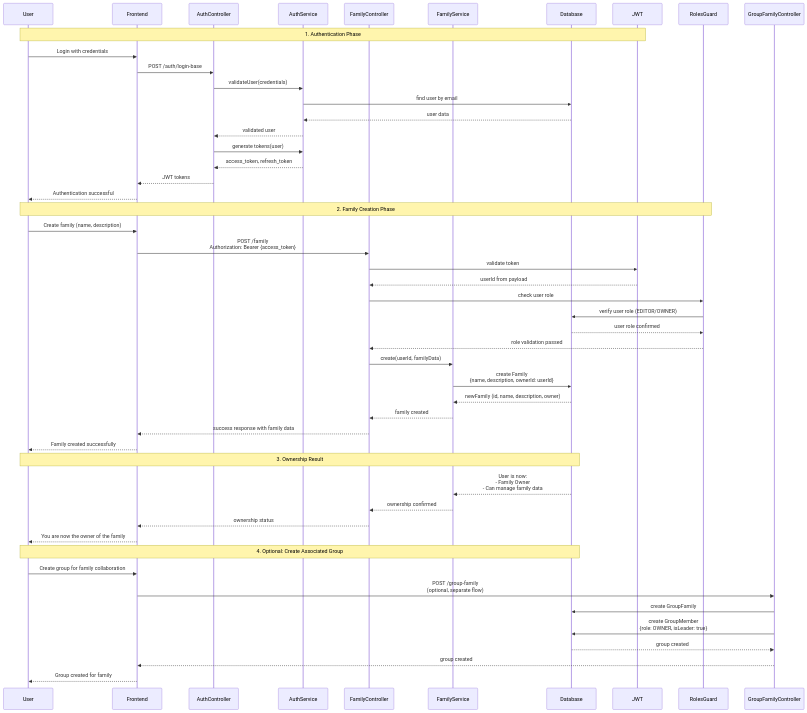
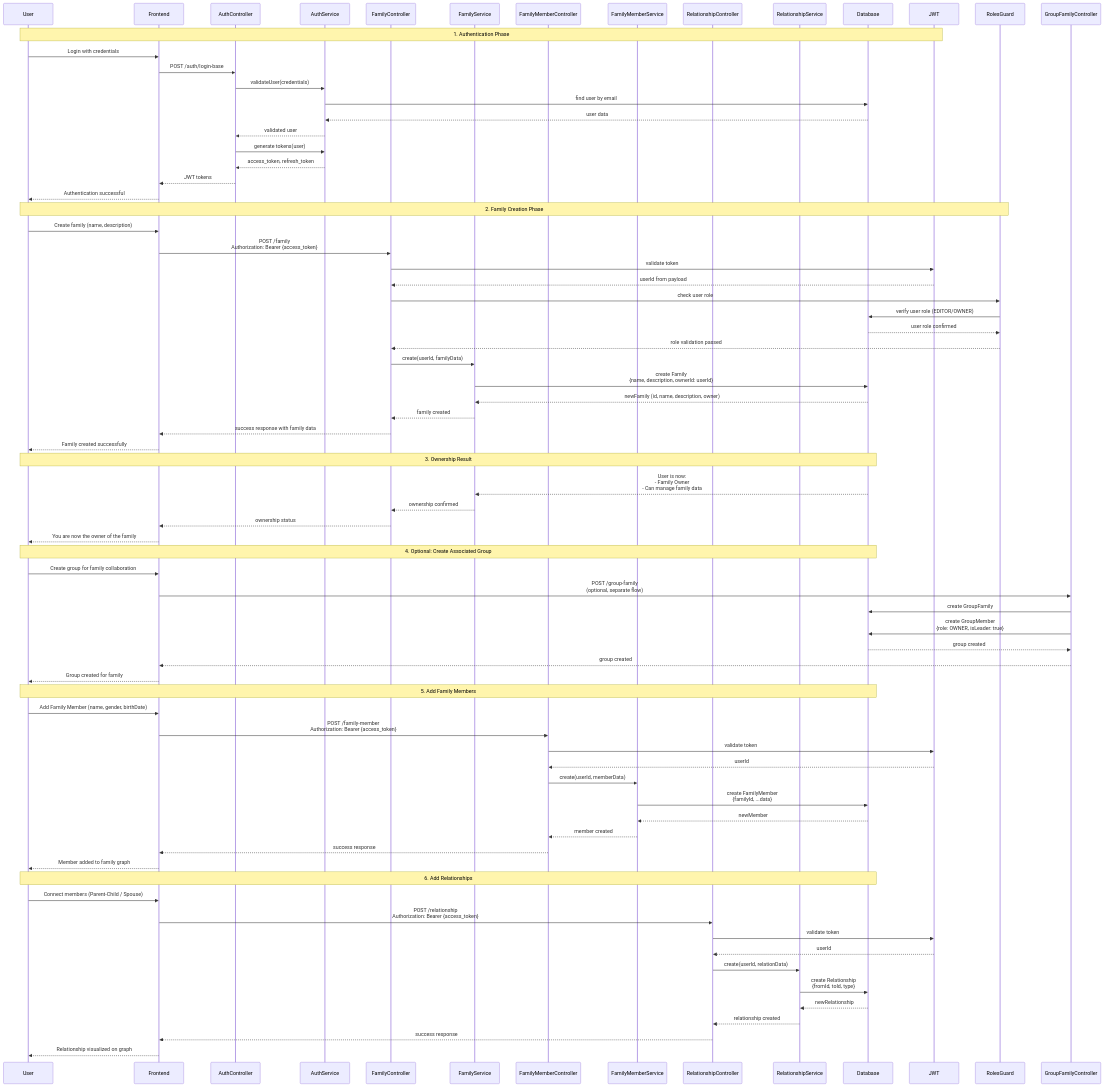
The diagram in graphs/sequence/create-family.mermaid (caonhathao/family-tree-management), drawn with Mermaid before and after one commit. The commit also changed 63 other files, not shown here.

```diff
--- a/graphs/sequence/create-family.mermaid
+++ b/graphs/sequence/create-family.mermaid
@@ -1,51 +1,77 @@
 sequenceDiagram
     participant User
     participant Frontend
     participant AuthController
     participant AuthService
     participant FamilyController
     participant FamilyService
+    participant FamilyMemberController
+    participant FamilyMemberService
+    participant RelationshipController
+    participant RelationshipService
     participant Database
     participant JWT
     participant RolesGuard
     Note over User,JWT: 1. Authentication Phase
     User->>Frontend: Login with credentials
     Frontend->>AuthController: POST /auth/login-base
     AuthController->>AuthService: validateUser(credentials)
     AuthService->>Database: find user by email
     Database-->>AuthService: user data
     AuthService-->>AuthController: validated user
     AuthController->>AuthService: generate tokens(user)
     AuthService-->>AuthController: access_token, refresh_token
     AuthController-->>Frontend: JWT tokens
     Frontend-->>User: Authentication successful
     Note over User,RolesGuard: 2. Family Creation Phase
     User->>Frontend: Create family (name, description)
     Frontend->>FamilyController: POST /family<br/>Authorization: Bearer {access_token}
     FamilyController->>JWT: validate token
     JWT-->>FamilyController: userId from payload
     FamilyController->>RolesGuard: check user role
     RolesGuard->>Database: verify user role (EDITOR/OWNER)
     Database-->>RolesGuard: user role confirmed
     RolesGuard-->>FamilyController: role validation passed
     FamilyController->>FamilyService: create(userId, familyData)
     
     FamilyService->>Database: create Family<br/>{name, description, ownerId: userId}
     Database-->>FamilyService: newFamily (id, name, description, owner)
     
     FamilyService-->>FamilyController: family created
     FamilyController-->>Frontend: success response with family data
     Frontend-->>User: Family created successfully
     Note over User,Database: 3. Ownership Result
     Database-->>FamilyService: User is now:<br/>- Family Owner<br/>- Can manage family data
     FamilyService-->>FamilyController: ownership confirmed
     FamilyController-->>Frontend: ownership status
     Frontend-->>User: You are now the owner of the family
     Note over User,Database: 4. Optional: Create Associated Group
     User->>Frontend: Create group for family collaboration
     Frontend->>GroupFamilyController: POST /group-family<br/>(optional, separate flow)
     GroupFamilyController->>Database: create GroupFamily
     GroupFamilyController->>Database: create GroupMember<br/>{role: OWNER, isLeader: true}
     Database-->>GroupFamilyController: group created
     GroupFamilyController-->>Frontend: group created
     Frontend-->>User: Group created for family
+    Note over User,Database: 5. Add Family Members
+    User->>Frontend: Add Family Member (name, gender, birthDate)
+    Frontend->>FamilyMemberController: POST /family-member<br/>Authorization: Bearer {access_token}
+    FamilyMemberController->>JWT: validate token
+    JWT-->>FamilyMemberController: userId
+    FamilyMemberController->>FamilyMemberService: create(userId, memberData)
+    FamilyMemberService->>Database: create FamilyMember<br/>{familyId, ...data}
+    Database-->>FamilyMemberService: newMember
+    FamilyMemberService-->>FamilyMemberController: member created
+    FamilyMemberController-->>Frontend: success response
+    Frontend-->>User: Member added to family graph
+    Note over User,Database: 6. Add Relationships
+    User->>Frontend: Connect members (Parent-Child / Spouse)
+    Frontend->>RelationshipController: POST /relationship<br/>Authorization: Bearer {access_token}
+    RelationshipController->>JWT: validate token
+    JWT-->>RelationshipController: userId
+    RelationshipController->>RelationshipService: create(userId, relationData)
+    RelationshipService->>Database: create Relationship<br/>{fromId, toId, type}
+    Database-->>RelationshipService: newRelationship
+    RelationshipService-->>RelationshipController: relationship created
+    RelationshipController-->>Frontend: success response
+    Frontend-->>User: Relationship visualized on graph
```
